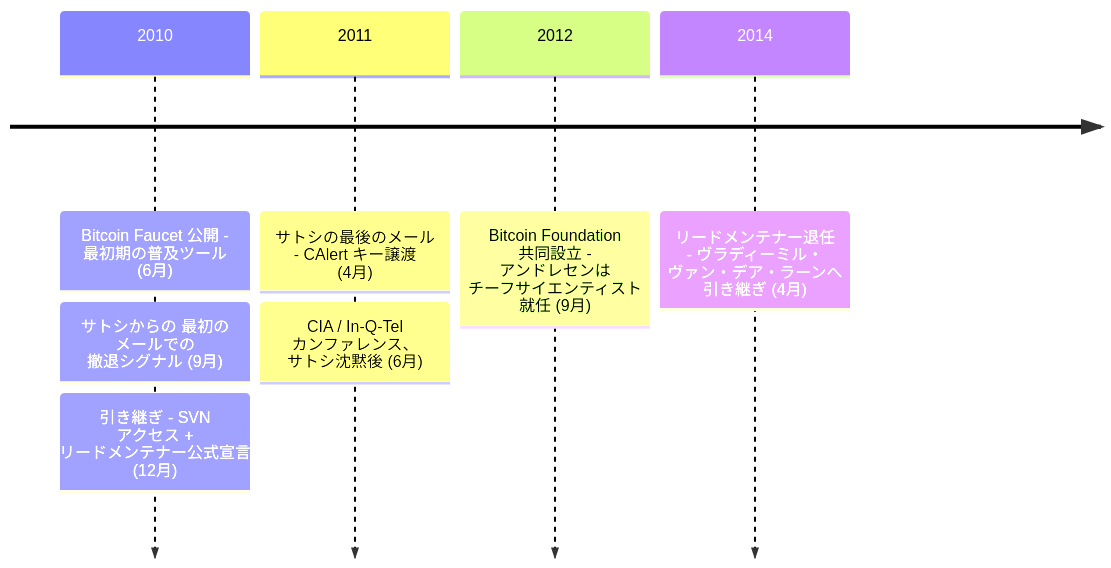
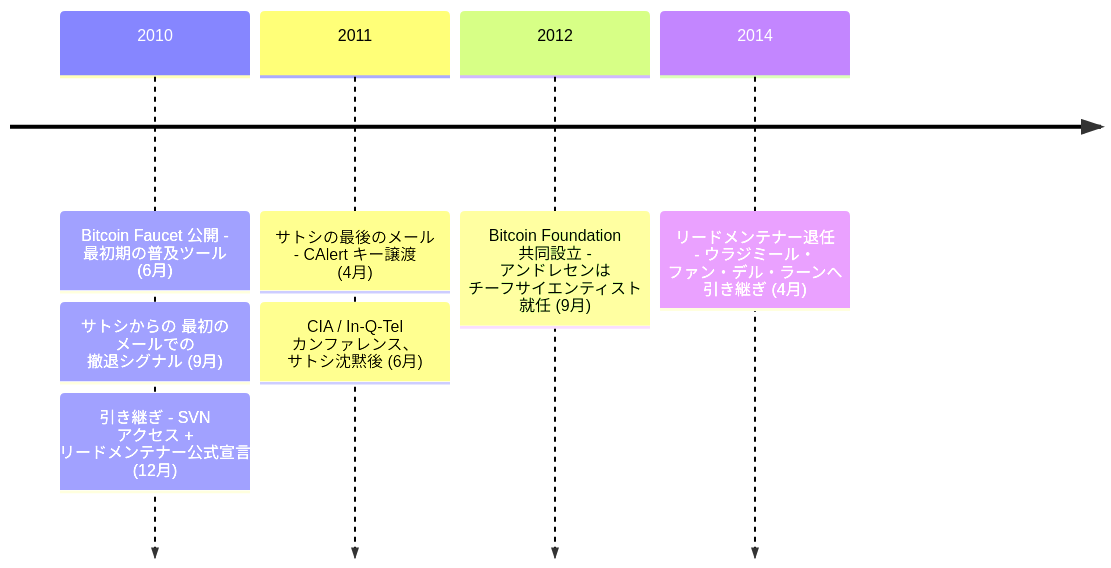
The diagram in src/data/translations/ja/aftermath/2010-06-11-gavin-andresen-biography.md (cypher256/BitcoinArchive), drawn with Mermaid before and after one commit. The commit also changed 4 other files, not shown here.

````diff
--- a/src/data/translations/ja/aftermath/2010-06-11-gavin-andresen-biography.md
+++ b/src/data/translations/ja/aftermath/2010-06-11-gavin-andresen-biography.md
@@ -62,14 +62,14 @@
 ```mermaid
 timeline
     2010 : Bitcoin Faucet 公開 - 最初期の普及ツール (6月)
     %% link: /BitcoinArchive/ja/entries/aftermath/2010-06-11-andresen-bitcoin-faucet/
          : サトシからの 最初の メールでの 撤退シグナル (9月)
     %% link: /BitcoinArchive/ja/entries/aftermath/2010-09-01-satoshi-andresen-other-projects-notice/
          : 引き継ぎ - SVN アクセス + リードメンテナー公式宣言 (12月)
     %% link: /BitcoinArchive/ja/entries/aftermath/2010-12-19-andresen-lead-maintainer-announcement/
     2011 : サトシの最後のメール - CAlert キー譲渡 (4月)
     %% link: /BitcoinArchive/ja/entries/aftermath/2011-04-26-satoshi-to-andresen-alert-key/
          : CIA / In-Q-Tel カンファレンス、 サトシ沈黙後 (6月)
     2012 : Bitcoin Foundation 共同設立 - アンドレセンは チーフサイエンティスト 就任 (9月)
-    2014 : リードメンテナー退任 - ヴラディーミル・ ヴァン・デア・ラーンへ 引き継ぎ (4月)
+    2014 : リードメンテナー退任 - ウラジミール・ ファン・デル・ラーンへ 引き継ぎ (4月)
 ```
````
